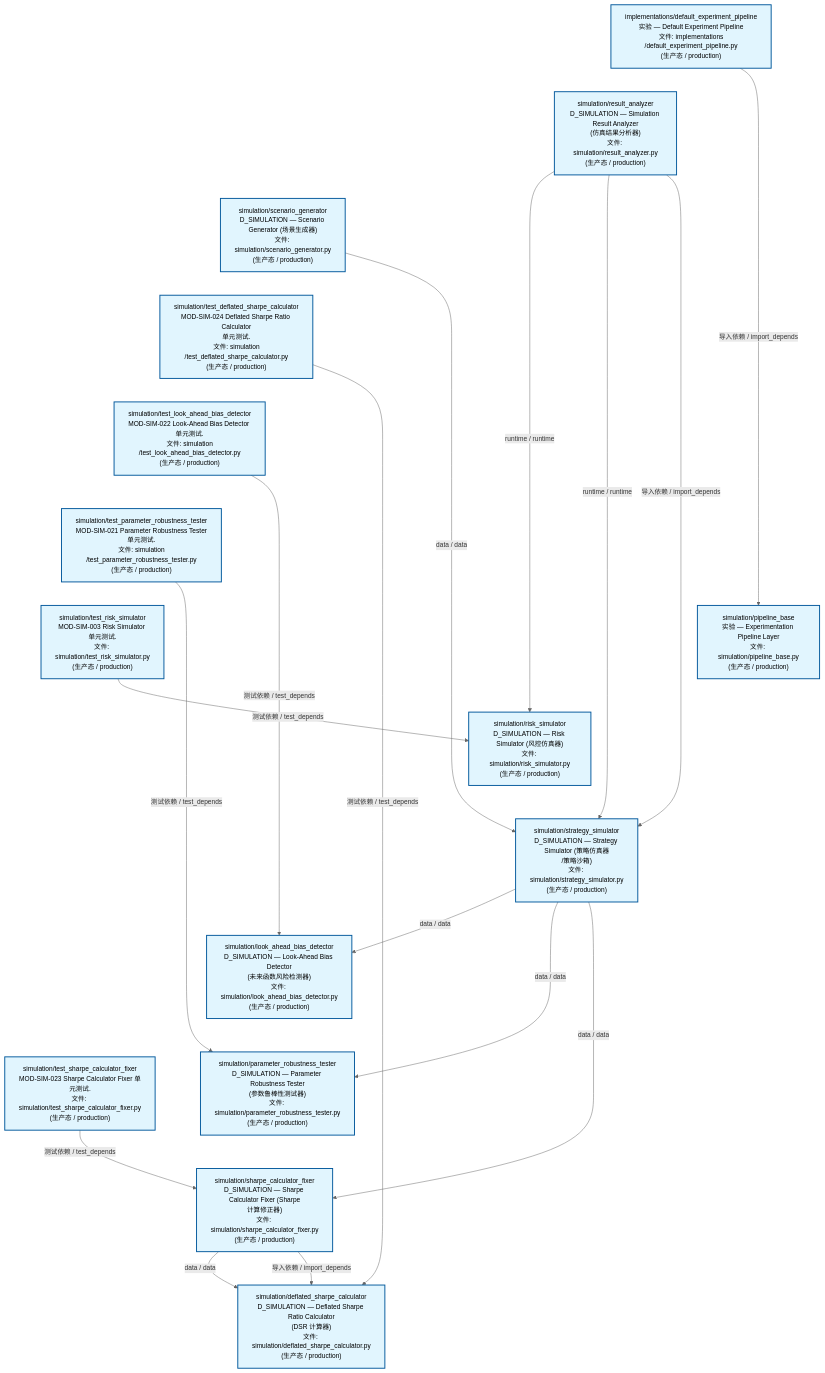
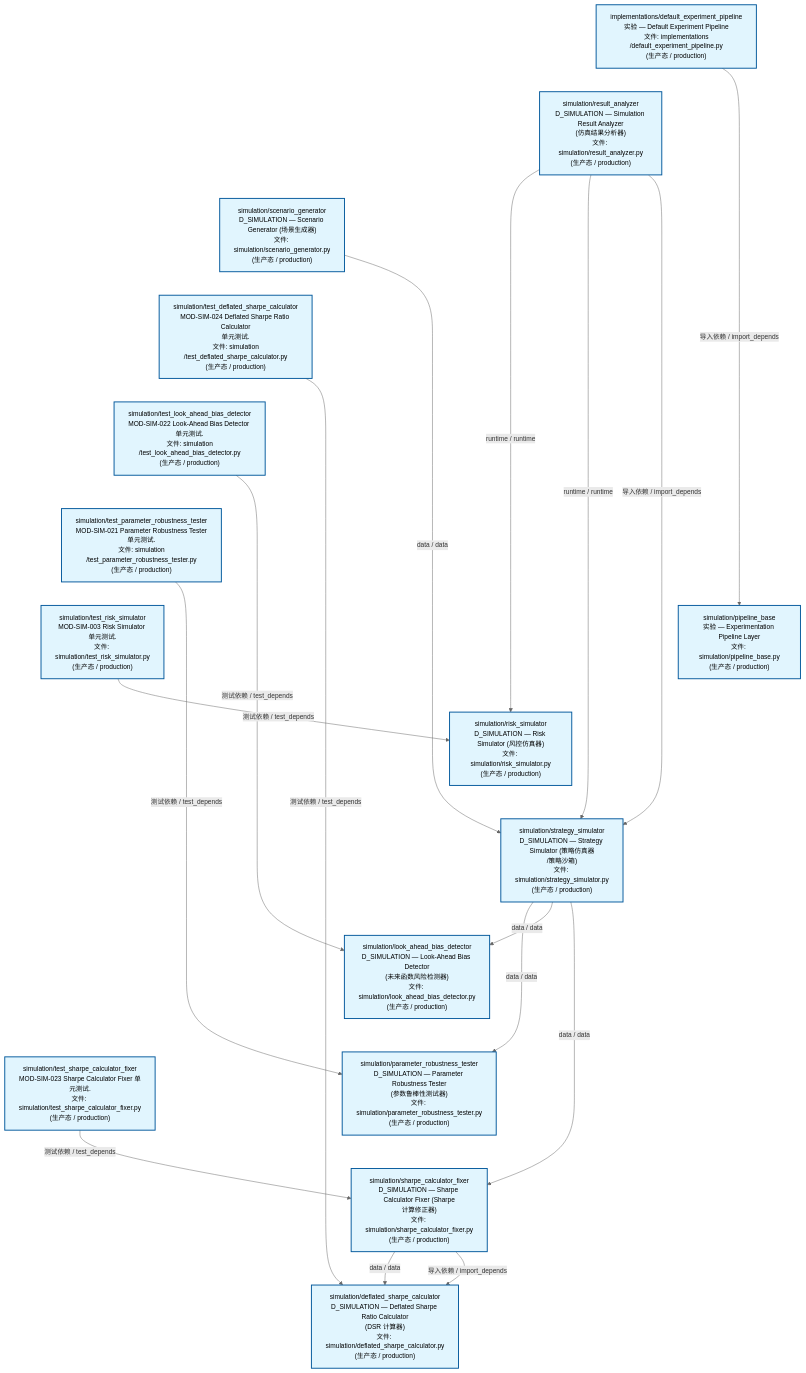
One commit to xuanFelixVan/ZephyrAlpha changed the second of 3 diagrams in docs/02_enterprise_architecture/02_domain_architecture_docs/70_d_simulation.md. Above: the diagram before and after it, drawn with Mermaid. The commit also changed other lines of this file and 41 other files, not shown here.

````diff
--- a/docs/02_enterprise_architecture/02_domain_architecture_docs/70_d_simulation.md
+++ b/docs/02_enterprise_architecture/02_domain_architecture_docs/70_d_simulation.md
@@ -120,50 +120,50 @@
 ```mermaid
 %%{init: {'theme': 'base', 'themeVariables': {'primaryColor': '#eaeaea', 'primaryTextColor': '#333333', 'primaryBorderColor': '#666666', 'lineColor': '#666666', 'secondaryColor': '#eaeaea', 'tertiaryColor': '#eaeaea', 'fontSize': '14px'}}}%%
 flowchart TD
     src_zephyr_simulation_implementations_default_experiment_pipeline_py["implementations/default_experiment_pipeline<br/>实验 — Default Experiment Pipeline<br/>文件: implementations<br/>/default_experiment_pipeline.py<br/>(生产态 / production)"]
     src_zephyr_simulation_result_analyzer_py["simulation/result_analyzer<br/>D_SIMULATION — Simulation Result Analyzer<br/>(仿真结果分析器)<br/>文件: simulation/result_analyzer.py<br/>(生产态 / production)"]
     src_zephyr_simulation_scenario_generator_py["simulation/scenario_generator<br/>D_SIMULATION — Scenario Generator (场景生成器)<br/>文件: simulation/scenario_generator.py<br/>(生产态 / production)"]
     tests_simulation_test_deflated_sharpe_calculator_py["simulation/test_deflated_sharpe_calculator<br/>MOD-SIM-024 Deflated Sharpe Ratio Calculator<br/>单元测试.<br/>文件: simulation<br/>/test_deflated_sharpe_calculator.py<br/>(生产态 / production)"]
     tests_simulation_test_look_ahead_bias_detector_py["simulation/test_look_ahead_bias_detector<br/>MOD-SIM-022 Look-Ahead Bias Detector 单元测试.<br/>文件: simulation<br/>/test_look_ahead_bias_detector.py<br/>(生产态 / production)"]
     tests_simulation_test_parameter_robustness_tester_py["simulation/test_parameter_robustness_tester<br/>MOD-SIM-021 Parameter Robustness Tester<br/>单元测试.<br/>文件: simulation<br/>/test_parameter_robustness_tester.py<br/>(生产态 / production)"]
     tests_simulation_test_risk_simulator_py["simulation/test_risk_simulator<br/>MOD-SIM-003 Risk Simulator 单元测试.<br/>文件: simulation/test_risk_simulator.py<br/>(生产态 / production)"]
     tests_simulation_test_sharpe_calculator_fixer_py["simulation/test_sharpe_calculator_fixer<br/>MOD-SIM-023 Sharpe Calculator Fixer 单元测试.<br/>文件: simulation/test_sharpe_calculator_fixer.py<br/>(生产态 / production)"]
     src_zephyr_simulation_implementations_default_experiment_pipeline_py ~~~ src_zephyr_simulation_result_analyzer_py
     src_zephyr_simulation_result_analyzer_py ~~~ src_zephyr_simulation_scenario_generator_py
     src_zephyr_simulation_scenario_generator_py ~~~ tests_simulation_test_deflated_sharpe_calculator_py
     tests_simulation_test_deflated_sharpe_calculator_py ~~~ tests_simulation_test_look_ahead_bias_detector_py
     tests_simulation_test_look_ahead_bias_detector_py ~~~ tests_simulation_test_parameter_robustness_tester_py
     tests_simulation_test_parameter_robustness_tester_py ~~~ tests_simulation_test_risk_simulator_py
     tests_simulation_test_risk_simulator_py ~~~ tests_simulation_test_sharpe_calculator_fixer_py
     src_zephyr_simulation_pipeline_base_py["simulation/pipeline_base<br/>实验 — Experimentation Pipeline Layer<br/>文件: simulation/pipeline_base.py<br/>(生产态 / production)"]
     src_zephyr_simulation_risk_simulator_py["simulation/risk_simulator<br/>D_SIMULATION — Risk Simulator (风控仿真器)<br/>文件: simulation/risk_simulator.py<br/>(生产态 / production)"]
     src_zephyr_simulation_strategy_simulator_py["simulation/strategy_simulator<br/>D_SIMULATION — Strategy Simulator (策略仿真器<br/>/策略沙箱)<br/>文件: simulation/strategy_simulator.py<br/>(生产态 / production)"]
     src_zephyr_simulation_pipeline_base_py ~~~ src_zephyr_simulation_risk_simulator_py
     src_zephyr_simulation_risk_simulator_py ~~~ src_zephyr_simulation_strategy_simulator_py
     src_zephyr_simulation_look_ahead_bias_detector_py["simulation/look_ahead_bias_detector<br/>D_SIMULATION — Look-Ahead Bias Detector<br/>(未来函数风险检测器)<br/>文件: simulation/look_ahead_bias_detector.py<br/>(生产态 / production)"]
     src_zephyr_simulation_parameter_robustness_tester_py["simulation/parameter_robustness_tester<br/>D_SIMULATION — Parameter Robustness Tester<br/>(参数鲁棒性测试器)<br/>文件: simulation/parameter_robustness_tester.py<br/>(生产态 / production)"]
     src_zephyr_simulation_sharpe_calculator_fixer_py["simulation/sharpe_calculator_fixer<br/>D_SIMULATION — Sharpe Calculator Fixer (Sharpe<br/>计算修正器)<br/>文件: simulation/sharpe_calculator_fixer.py<br/>(生产态 / production)"]
     src_zephyr_simulation_look_ahead_bias_detector_py ~~~ src_zephyr_simulation_parameter_robustness_tester_py
     src_zephyr_simulation_parameter_robustness_tester_py ~~~ src_zephyr_simulation_sharpe_calculator_fixer_py
     src_zephyr_simulation_deflated_sharpe_calculator_py["simulation/deflated_sharpe_calculator<br/>D_SIMULATION — Deflated Sharpe Ratio Calculator<br/>(DSR 计算器)<br/>文件: simulation/deflated_sharpe_calculator.py<br/>(生产态 / production)"]
+    src_zephyr_simulation_scenario_generator_py -->|data / data| src_zephyr_simulation_strategy_simulator_py
     src_zephyr_simulation_result_analyzer_py -->|runtime / runtime| src_zephyr_simulation_risk_simulator_py
     src_zephyr_simulation_result_analyzer_py -->|runtime / runtime| src_zephyr_simulation_strategy_simulator_py
     src_zephyr_simulation_result_analyzer_py -->|导入依赖 / import_depends| src_zephyr_simulation_strategy_simulator_py
-    src_zephyr_simulation_scenario_generator_py -->|data / data| src_zephyr_simulation_strategy_simulator_py
+    src_zephyr_simulation_strategy_simulator_py -->|data / data| src_zephyr_simulation_parameter_robustness_tester_py
     src_zephyr_simulation_strategy_simulator_py -->|data / data| src_zephyr_simulation_look_ahead_bias_detector_py
-    src_zephyr_simulation_strategy_simulator_py -->|data / data| src_zephyr_simulation_parameter_robustness_tester_py
     src_zephyr_simulation_strategy_simulator_py -->|data / data| src_zephyr_simulation_sharpe_calculator_fixer_py
+    src_zephyr_simulation_implementations_default_experiment_pipeline_py -->|导入依赖 / import_depends| src_zephyr_simulation_pipeline_base_py
     src_zephyr_simulation_sharpe_calculator_fixer_py -->|data / data| src_zephyr_simulation_deflated_sharpe_calculator_py
     src_zephyr_simulation_sharpe_calculator_fixer_py -->|导入依赖 / import_depends| src_zephyr_simulation_deflated_sharpe_calculator_py
-    src_zephyr_simulation_implementations_default_experiment_pipeline_py -->|导入依赖 / import_depends| src_zephyr_simulation_pipeline_base_py
+    tests_simulation_test_look_ahead_bias_detector_py -->|测试依赖 / test_depends| src_zephyr_simulation_look_ahead_bias_detector_py
+    tests_simulation_test_parameter_robustness_tester_py -->|测试依赖 / test_depends| src_zephyr_simulation_parameter_robustness_tester_py
     tests_simulation_test_deflated_sharpe_calculator_py -->|测试依赖 / test_depends| src_zephyr_simulation_deflated_sharpe_calculator_py
-    tests_simulation_test_parameter_robustness_tester_py -->|测试依赖 / test_depends| src_zephyr_simulation_parameter_robustness_tester_py
     tests_simulation_test_risk_simulator_py -->|测试依赖 / test_depends| src_zephyr_simulation_risk_simulator_py
-    tests_simulation_test_look_ahead_bias_detector_py -->|测试依赖 / test_depends| src_zephyr_simulation_look_ahead_bias_detector_py
     tests_simulation_test_sharpe_calculator_fixer_py -->|测试依赖 / test_depends| src_zephyr_simulation_sharpe_calculator_fixer_py
     classDef production fill:#e1f5fe,stroke:#01579b,stroke-width:2px,color:#000
     classDef design fill:#fff3e0,stroke:#e65100,stroke-width:2px,color:#000,stroke-dasharray: 5 5
     classDef external_prod fill:#e8f4fd,stroke:#0277bd,stroke-width:1px,color:#000
     classDef external_design fill:#fff8e7,stroke:#ef6c00,stroke-width:1px,color:#000,stroke-dasharray: 5 5
     class src_zephyr_simulation_deflated_sharpe_calculator_py,src_zephyr_simulation_implementations_default_experiment_pipeline_py,src_zephyr_simulation_look_ahead_bias_detector_py,src_zephyr_simulation_parameter_robustness_tester_py,src_zephyr_simulation_pipeline_base_py,src_zephyr_simulation_result_analyzer_py,src_zephyr_simulation_risk_simulator_py,src_zephyr_simulation_scenario_generator_py,src_zephyr_simulation_sharpe_calculator_fixer_py,src_zephyr_simulation_strategy_simulator_py,tests_simulation_test_deflated_sharpe_calculator_py,tests_simulation_test_look_ahead_bias_detector_py,tests_simulation_test_parameter_robustness_tester_py,tests_simulation_test_risk_simulator_py,tests_simulation_test_sharpe_calculator_fixer_py production
 ```
````
